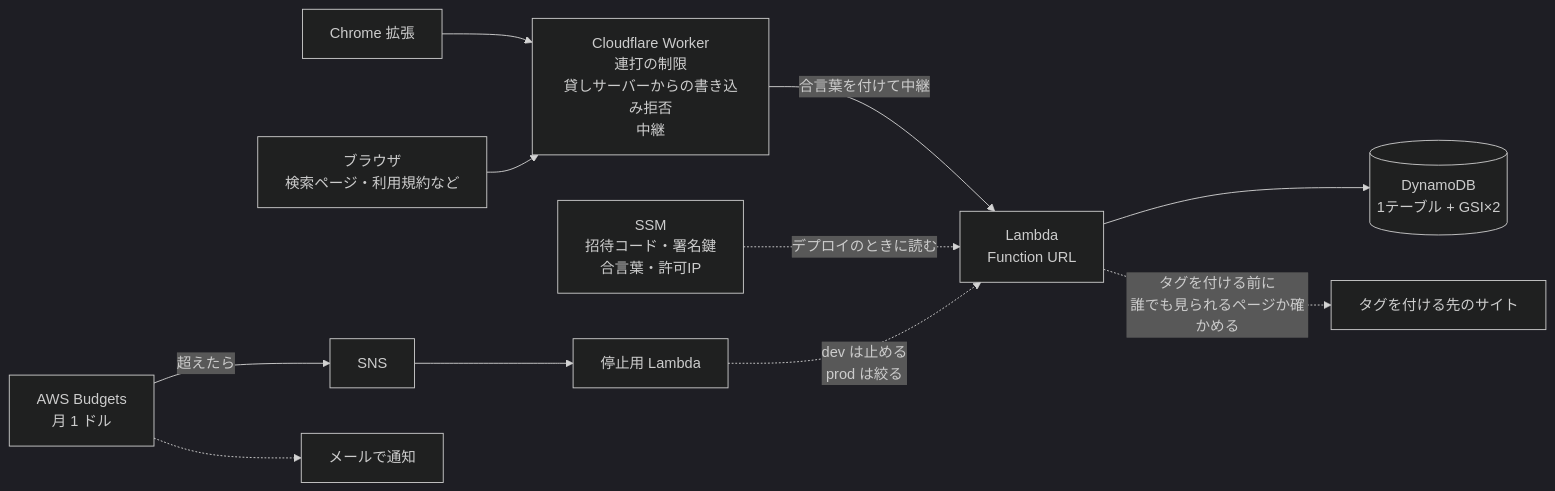
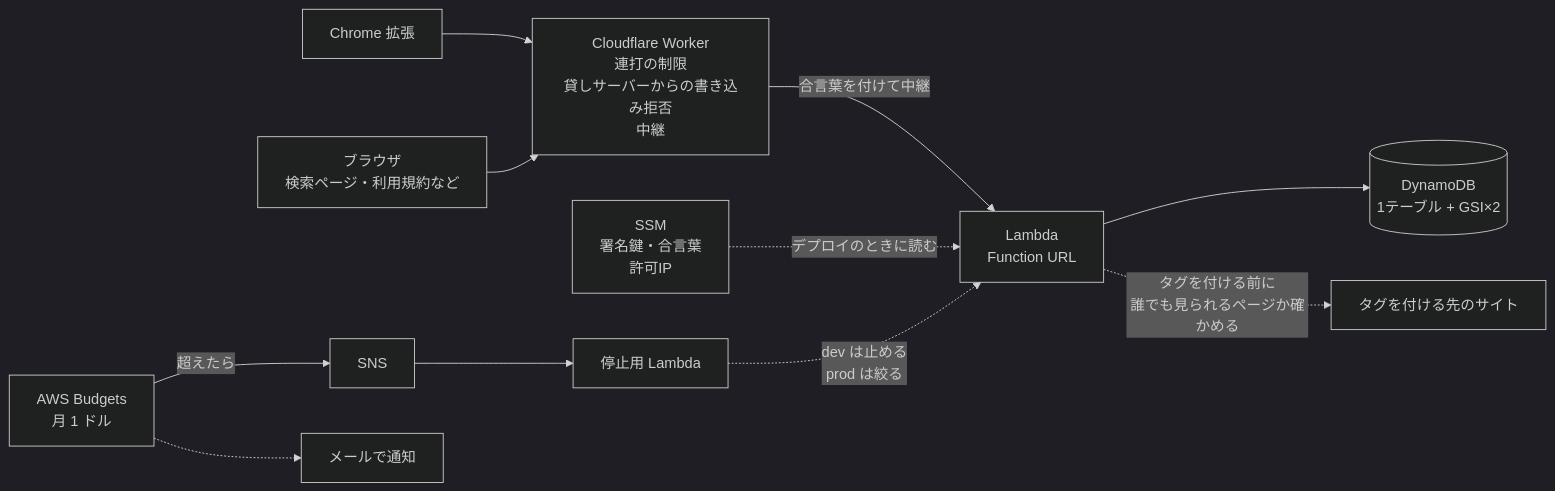
Before and after one commit to o-chinchin-mahone/doyu-page: the diagram in README.md, drawn with Mermaid (dark theme). The commit also changed other lines of this file and 15 other files, not shown here.

````diff
--- a/README.md
+++ b/README.md
@@ -12,13 +12,13 @@
 ```mermaid
 flowchart LR
   ext["Chrome 拡張"] --> cf
   web["ブラウザ<br>検索ページ・利用規約など"] --> cf
   cf["Cloudflare Worker<br>連打の制限<br>貸しサーバーからの書き込み拒否<br>中継"] -->|"合言葉を付けて中継"| fn
   fn["Lambda<br>Function URL"] --> db[("DynamoDB<br>1テーブル + GSI×2")]
   fn -.->|"タグを付ける前に<br>誰でも見られるページか確かめる"| site["タグを付ける先のサイト"]
-  ssm["SSM<br>招待コード・署名鍵<br>合言葉・許可IP"] -.->|"デプロイのときに読む"| fn
+  ssm["SSM<br>署名鍵・合言葉<br>許可IP"] -.->|"デプロイのときに読む"| fn
   budget["AWS Budgets<br>月 1 ドル"] -->|"超えたら"| sns["SNS"]
   sns --> stop["停止用 Lambda"]
   stop -.->|"dev は止める<br>prod は絞る"| fn
   budget -.-> mail["メールで通知"]
 ```
````
